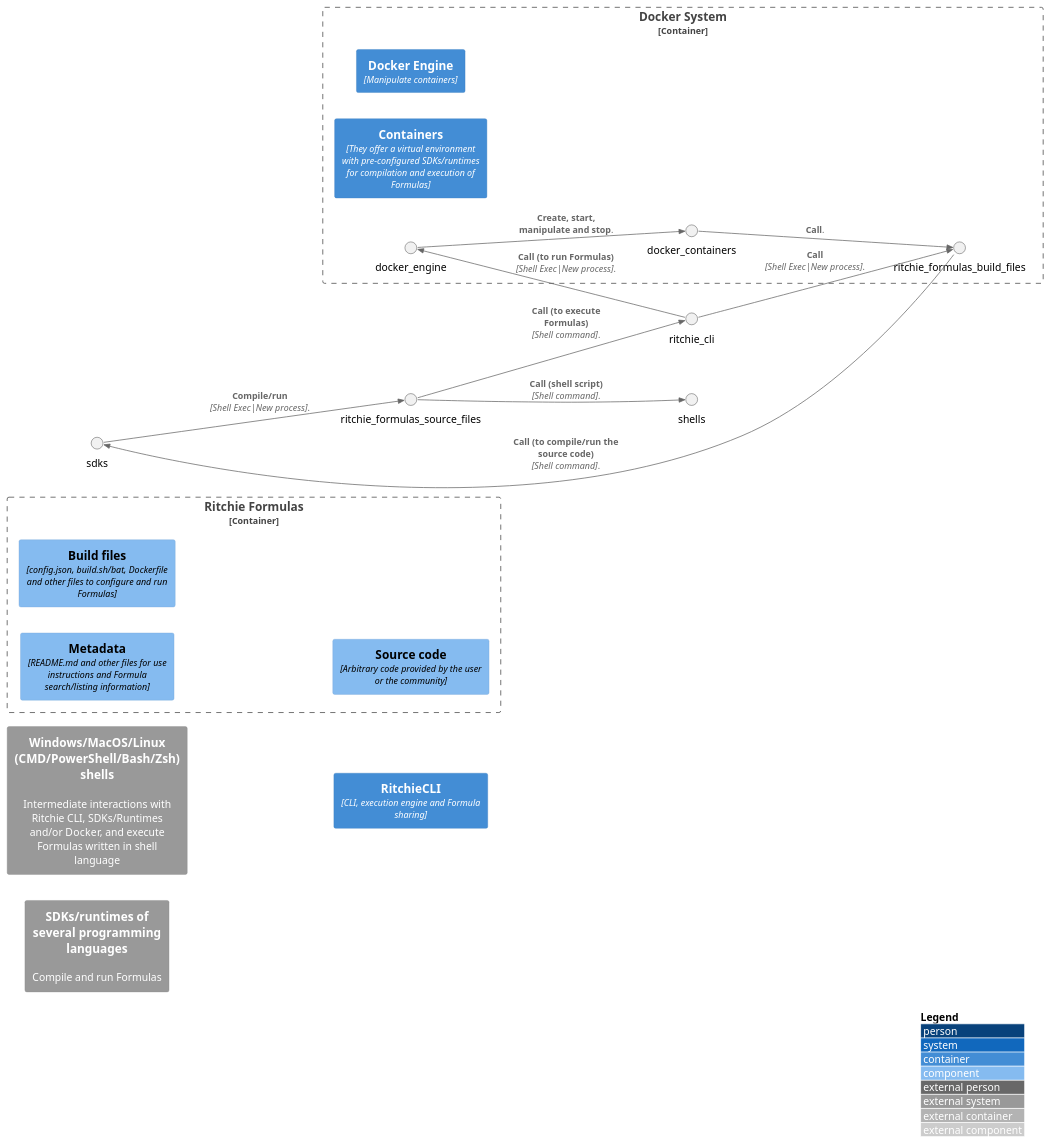
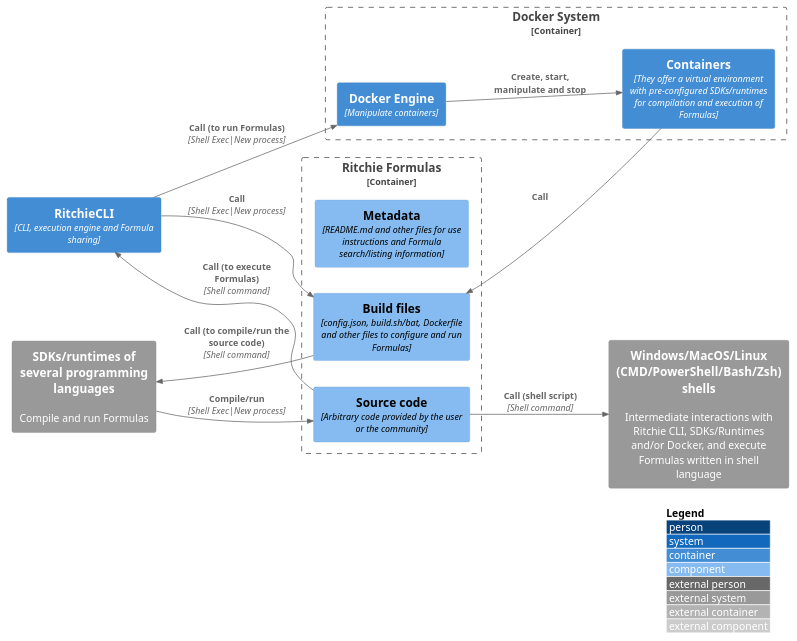
Before and after one commit to ZupIT/-ritchiecli-c4model: the diagram in en/src/C3-Context/formulas/formulas.puml, drawn with PlantUML. The commit also changed 9 other files, not shown here.

```diff
--- a/en/src/C3-Context/formulas/formulas.puml
+++ b/en/src/C3-Context/formulas/formulas.puml
@@ -1,32 +1,32 @@
 @startuml c3
 !include https://raw.githubusercontent.com/adrianvlupu/C4-PlantUML/latest/C4_Component.puml
 
 LAYOUT_WITH_LEGEND()
 LAYOUT_LEFT_RIGHT()
 
-System_Ext(shells, "Windows/MacOS/Linux (CMD/PowerShell/Bash/Zsh) shells", "Intermediate interactions with Ritchie CLI, SDKs/Runtimes and/or Docker, and execute Formulas written in shell language").
-System_Ext(sdks, "SDKs/runtimes of several programming languages", "Compile and run Formulas").
-Container(ritchie_cli, "RitchieCLI", "CLI, execution engine and Formula sharing").
+System_Ext(shells, "Windows/MacOS/Linux (CMD/PowerShell/Bash/Zsh) shells", "Intermediate interactions with Ritchie CLI, SDKs/Runtimes and/or Docker, and execute Formulas written in shell language")
+System_Ext(sdks, "SDKs/runtimes of several programming languages", "Compile and run Formulas")
+Container(ritchie_cli, "RitchieCLI", "CLI, execution engine and Formula sharing")
 
 Container_Boundary(ritchie_formulas, "Ritchie Formulas") {
-    Component(ritchie_formulas_metadata, "Metadata", "README.md and other files for use instructions and Formula search/listing information").
-    Component(ritchie_formulas_build_files, "Build files", "config.json, build.sh/bat, Dockerfile and other files to configure and run Formulas").
-    Component(ritchie_formulas_source_files, "Source code", "Arbitrary code provided by the user or the community").
+    Component(ritchie_formulas_metadata, "Metadata", "README.md and other files for use instructions and Formula search/listing information")
+    Component(ritchie_formulas_build_files, "Build files", "config.json, build.sh/bat, Dockerfile and other files to configure and run Formulas")
+    Component(ritchie_formulas_source_files, "Source code", "Arbitrary code provided by the user or the community")
 }
 
 Container_Boundary(docker_system, "Docker System") {
-    Container(docker_engine, "Docker Engine", "Manipulate containers").
-    Container(docker_containers, "Containers", "They offer a virtual environment with pre-configured SDKs/runtimes for compilation and execution of Formulas").
+    Container(docker_engine, "Docker Engine", "Manipulate containers")
+    Container(docker_containers, "Containers", "They offer a virtual environment with pre-configured SDKs/runtimes for compilation and execution of Formulas")
 
-    Rel(docker_engine, docker_containers, "Create, start, manipulate and stop").
-    Rel(docker_containers, ritchie_formulas_build_files, "Call").
+    Rel(docker_engine, docker_containers, "Create, start, manipulate and stop")
+    Rel(docker_containers, ritchie_formulas_build_files, "Call")
 }
 
-Rel(ritchie_cli, ritchie_formulas_build_files, "Call", "Shell Exec|New process").
-Rel(ritchie_formulas_build_files, sdks, "Call (to compile/run the source code)", "Shell command").
-Rel(ritchie_formulas_source_files, ritchie_cli, "Call (to execute Formulas)", "Shell command").
-Rel(ritchie_formulas_source_files, shells, "Call (shell script)", "Shell command").
-Rel(ritchie_cli, docker_engine, "Call (to run Formulas)", "Shell Exec|New process").
-Rel(sdks, ritchie_formulas_source_files, "Compile/run", "Shell Exec|New process").
+Rel(ritchie_cli, ritchie_formulas_build_files, "Call", "Shell Exec|New process")
+Rel(ritchie_formulas_build_files, sdks, "Call (to compile/run the source code)", "Shell command")
+Rel(ritchie_formulas_source_files, ritchie_cli, "Call (to execute Formulas)", "Shell command")
+Rel(ritchie_formulas_source_files, shells, "Call (shell script)", "Shell command")
+Rel(ritchie_cli, docker_engine, "Call (to run Formulas)", "Shell Exec|New process")
+Rel(sdks, ritchie_formulas_source_files, "Compile/run", "Shell Exec|New process")
 
 @enduml
```
